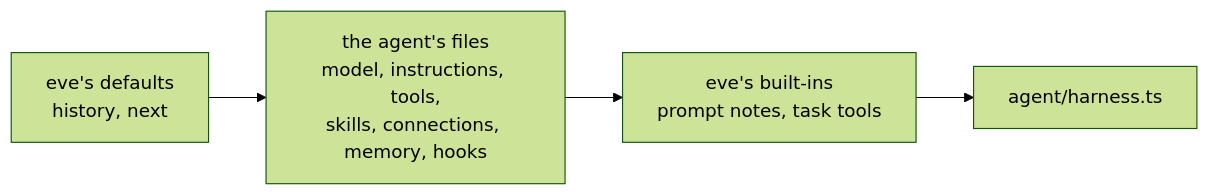
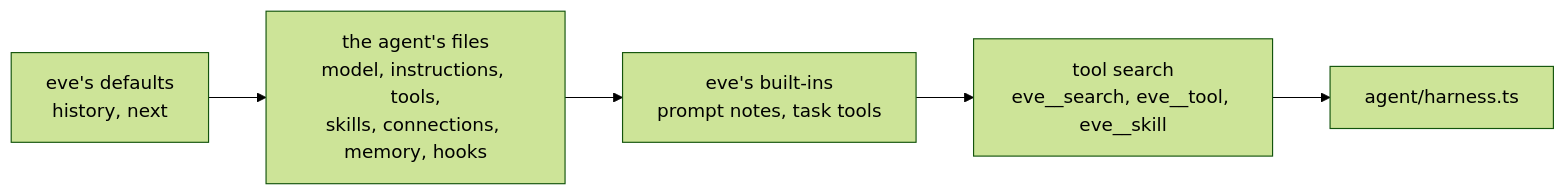
Before and after one commit to vercel/eve: the fifth of 6 diagrams in research/session-kernel.md, drawn with Mermaid (forest theme). The commit also changed other lines of this file, not shown here.

````diff
--- a/research/session-kernel.md
+++ b/research/session-kernel.md
@@ -177,6 +179,7 @@
 ```mermaid
 flowchart LR
   Defaults["eve's defaults<br/>history, next"] --> Files["the agent's files<br/>model, instructions, tools,<br/>skills, connections, memory, hooks"]
   Files --> Builtins["eve's built-ins<br/>prompt notes, task tools"]
-  Builtins --> Harness["agent/harness.ts"]
+  Builtins --> Catalog["tool search<br/>eve__search, eve__tool, eve__skill"]
+  Catalog --> Harness["agent/harness.ts"]
 ```
````
